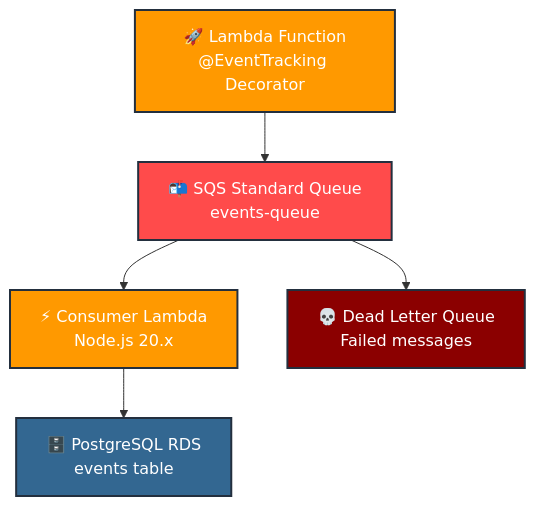
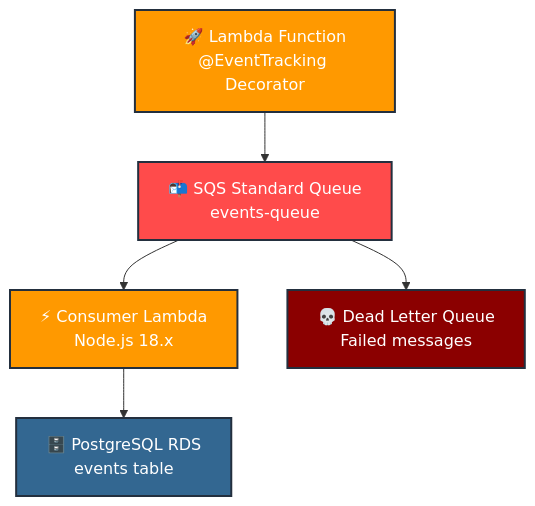
One commit to ToldYaOnce/kx-event-tracking changed the first of 4 diagrams in README.md. Above: the diagram before and after it, drawn with Mermaid. The commit also changed other lines of this file and 5 other files, not shown here.

````diff
--- a/README.md
+++ b/README.md
@@ -16,13 +16,13 @@
 ```mermaid
 graph TD
     A["🚀 Lambda Function<br/>@EventTracking Decorator"] --> B["📬 SQS Standard Queue<br/>events-queue"]
-    B --> C["⚡ Consumer Lambda<br/>Node.js 20.x"]
+    B --> C["⚡ Consumer Lambda<br/>Node.js 18.x"]
     C --> D["🗄️ PostgreSQL RDS<br/>events table"]
     B --> E["💀 Dead Letter Queue<br/>Failed messages"]
     
     style A fill:#ff9900,stroke:#232f3e,stroke-width:2px,color:#fff
     style B fill:#ff4b4b,stroke:#232f3e,stroke-width:2px,color:#fff
     style C fill:#ff9900,stroke:#232f3e,stroke-width:2px,color:#fff
     style D fill:#336791,stroke:#232f3e,stroke-width:2px,color:#fff
     style E fill:#8b0000,stroke:#232f3e,stroke-width:2px,color:#fff
 ```
````
